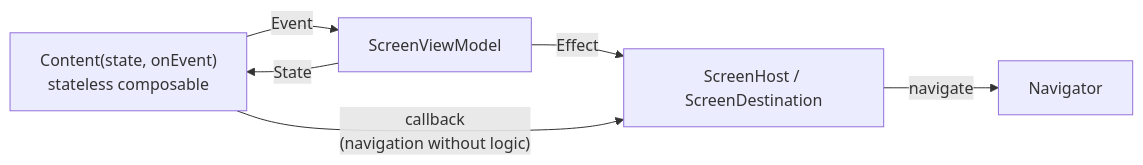
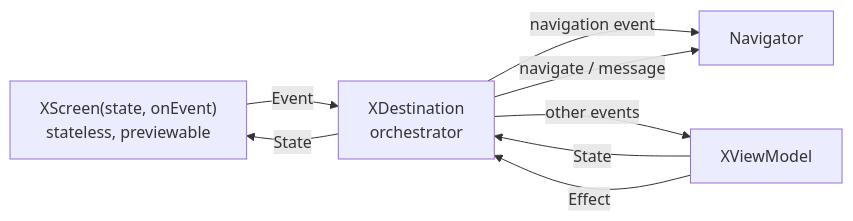
One commit to AnSrwn/BookTracker changed the second of 2 diagrams in app/docs/architecture.md. Above: the diagram before and after it, drawn with Mermaid. The commit also changed other lines of this file and 38 other files, not shown here.

Commit message:
Split screens into contract, screen, view model and destination

````diff
--- a/app/docs/architecture.md
+++ b/app/docs/architecture.md
@@ -66,8 +66,10 @@
 ```mermaid
 flowchart LR
-    content["Content(state, onEvent)<br/>stateless composable"] -- Event --> vm["ScreenViewModel"]
-    vm -- State --> content
-    vm -- Effect --> host["ScreenHost / ScreenDestination"]
-    host -- navigate --> nav["Navigator"]
-    content -- "callback<br/>(navigation without logic)" --> host
+    screen["XScreen(state, onEvent)<br/>stateless, previewable"] -- Event --> dest["XDestination<br/>orchestrator"]
+    dest -- "navigation event" --> nav["Navigator"]
+    dest -- "other events" --> vm["XViewModel"]
+    vm -- State --> dest
+    dest -- State --> screen
+    vm -- Effect --> dest
+    dest -- "navigate / message" --> nav
 ```
````
